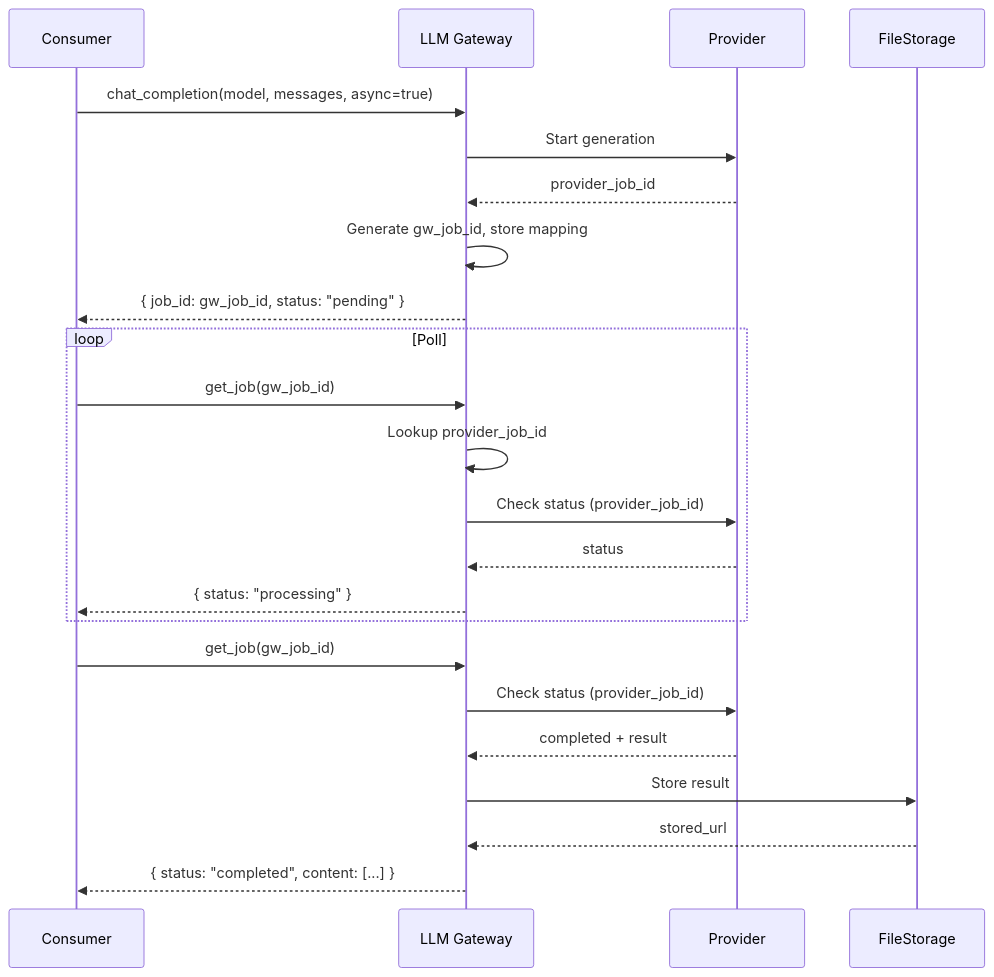
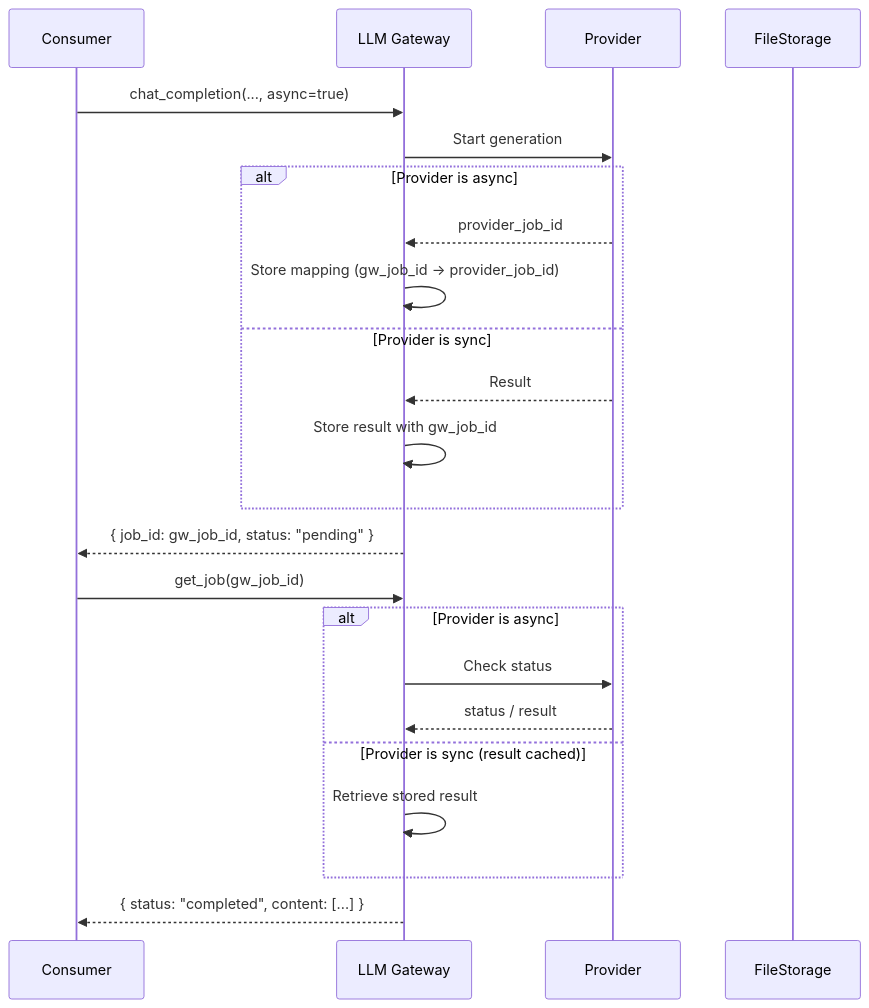
Diagram 14 of 22 in modules/llm_gateway/docs/SCENARIOS.md (hypernetix/hyperspot), drawn with Mermaid before and after one commit. The commit also changed other lines of this file and 1 other file, not shown here.

Commit message:
docs(llm_gateway): response normalization, provider api extensions, async jobs

````diff
--- a/modules/llm_gateway/docs/SCENARIOS.md
+++ b/modules/llm_gateway/docs/SCENARIOS.md
@@ -529,28 +703,27 @@
 ```mermaid
 sequenceDiagram
     participant C as Consumer
     participant GW as LLM Gateway
     participant P as Provider
     participant FS as FileStorage
 
-    C->>GW: chat_completion(model, messages, async=true)
+    C->>GW: chat_completion(..., async=true)
     GW->>P: Start generation
-    P-->>GW: provider_job_id
-    GW->>GW: Generate gw_job_id, store mapping
+    alt Provider is async
+        P-->>GW: provider_job_id
+        GW->>GW: Store mapping (gw_job_id → provider_job_id)
+    else Provider is sync
+        P-->>GW: Result
+        GW->>GW: Store result with gw_job_id
+    end
     GW-->>C: { job_id: gw_job_id, status: "pending" }
 
-    loop Poll
-        C->>GW: get_job(gw_job_id)
-        GW->>GW: Lookup provider_job_id
-        GW->>P: Check status (provider_job_id)
-        P-->>GW: status
-        GW-->>C: { status: "processing" }
+    C->>GW: get_job(gw_job_id)
+    alt Provider is async
+        GW->>P: Check status
+        P-->>GW: status / result
+    else Provider is sync (result cached)
+        GW->>GW: Retrieve stored result
     end
-
-    C->>GW: get_job(gw_job_id)
-    GW->>P: Check status (provider_job_id)
-    P-->>GW: completed + result
-    GW->>FS: Store result
-    FS-->>GW: stored_url
     GW-->>C: { status: "completed", content: [...] }
 ```
````
